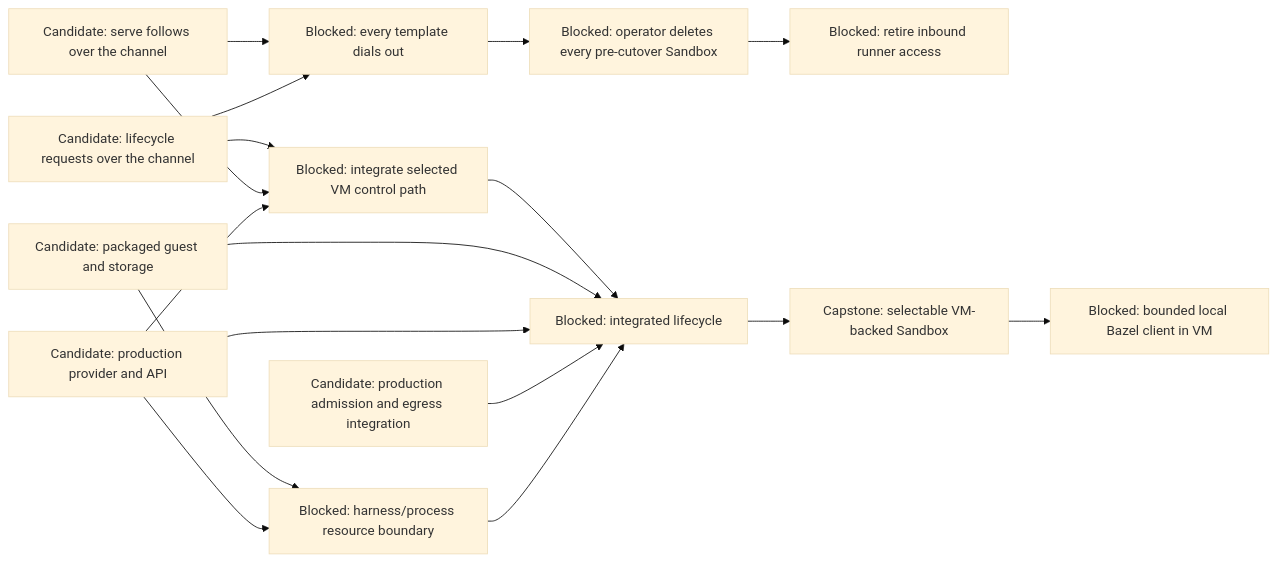
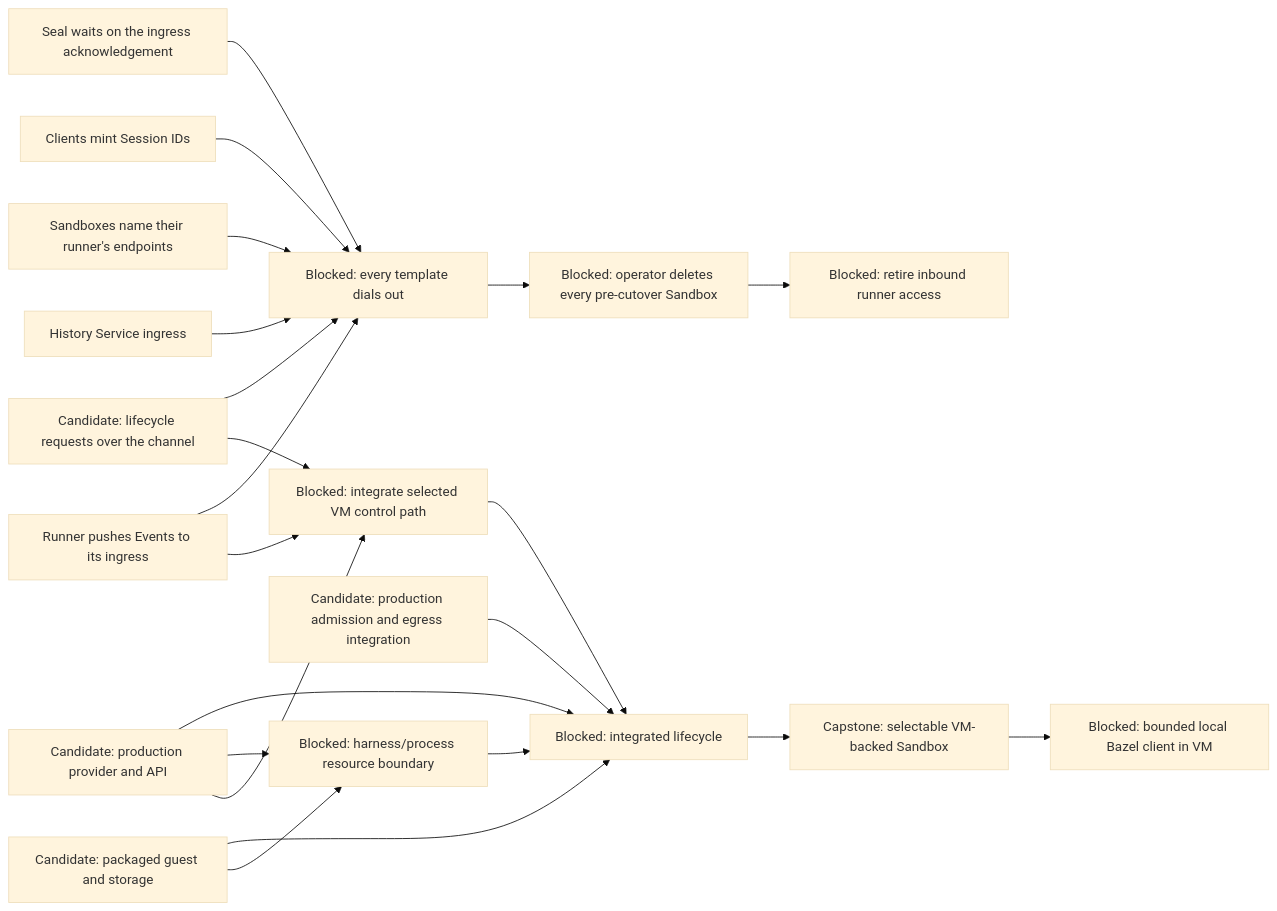
Before and after one commit to agentydragon-agent/ducktape: the sixth of 12 diagrams in agentplane/plans/task_dag.md, drawn with Mermaid (base theme). The commit also changed other lines of this file and 1 other file, not shown here.

````diff
--- a/agentplane/plans/task_dag.md
+++ b/agentplane/plans/task_dag.md
@@ -325,28 +325,31 @@
 ```mermaid
 flowchart LR
-    RUNNER_OUTBOUND_SPOOL[Candidate: serve follows over the channel]
     RUNNER_OUTBOUND_LIFECYCLE[Candidate: lifecycle requests over the channel]
     RUNNER_OUTBOUND_ROLLOUT[Blocked: every template dials out]
     VM_CONTROL_NETWORKING[Blocked: integrate selected VM control path]
     VM_IMAGE[Candidate: packaged guest and storage]
     VM_PROVIDER[Candidate: production provider and API]
     VM_EGRESS[Candidate: production admission and egress integration]
     VM_PROCESS_ISOLATION[Blocked: harness/process resource boundary]
     VM_LIFECYCLE[Blocked: integrated lifecycle]
     RUNNER_OUTBOUND_LIFECYCLE --> VM_CONTROL_NETWORKING
-    RUNNER_OUTBOUND_SPOOL --> VM_CONTROL_NETWORKING
-    RUNNER_OUTBOUND_SPOOL --> RUNNER_OUTBOUND_ROLLOUT
+    RUNNER_INGRESS_PUSH[Runner pushes Events to its ingress] --> VM_CONTROL_NETWORKING
+    RUNNER_INGRESS_PUSH --> RUNNER_OUTBOUND_ROLLOUT
+    HISTORY_INGRESS[History Service ingress] --> RUNNER_OUTBOUND_ROLLOUT
+    SANDBOX_RUNNER_ENDPOINTS[Sandboxes name their runner's endpoints] --> RUNNER_OUTBOUND_ROLLOUT
+    CLIENT_SESSION_IDS[Clients mint Session IDs] --> RUNNER_OUTBOUND_ROLLOUT
+    SEAL_ON_INGRESS_ACK[Seal waits on the ingress acknowledgement] --> RUNNER_OUTBOUND_ROLLOUT
     RUNNER_OUTBOUND_LIFECYCLE --> RUNNER_OUTBOUND_ROLLOUT
     RUNNER_OUTBOUND_ROLLOUT --> LEGACY_SANDBOX_RETIRE[Blocked: operator deletes every pre-cutover Sandbox]
     LEGACY_SANDBOX_RETIRE --> RUNNER_INBOUND_RETIRE[Blocked: retire inbound runner access]
     VM_PROVIDER --> VM_CONTROL_NETWORKING
     VM_CONTROL_NETWORKING --> VM_LIFECYCLE
     VM_IMAGE --> VM_PROCESS_ISOLATION
     VM_PROVIDER --> VM_PROCESS_ISOLATION
     VM_IMAGE --> VM_LIFECYCLE
     VM_PROVIDER --> VM_LIFECYCLE
     VM_EGRESS --> VM_LIFECYCLE
     VM_PROCESS_ISOLATION --> VM_LIFECYCLE
     VM_LIFECYCLE --> SANDBOX_VM_ISOLATION[Capstone: selectable VM-backed Sandbox]
     SANDBOX_VM_ISOLATION --> LOCAL_BAZEL[Blocked: bounded local Bazel client in VM]
 ```
````
